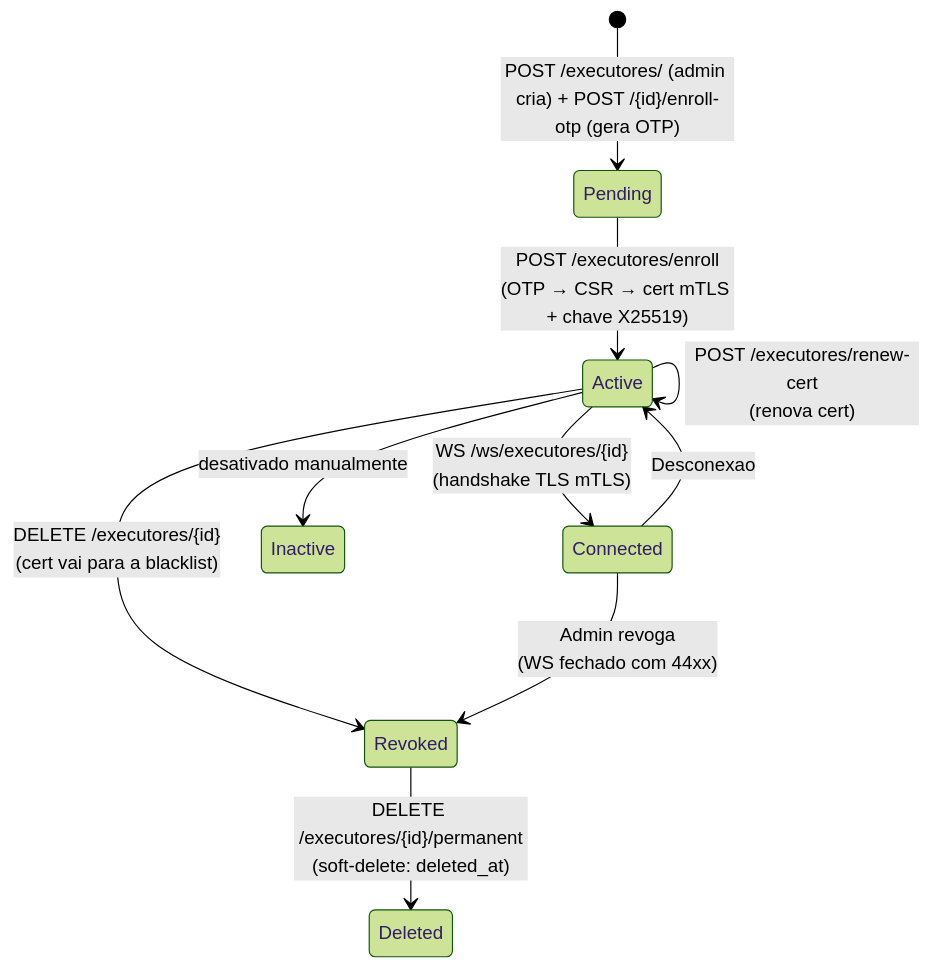
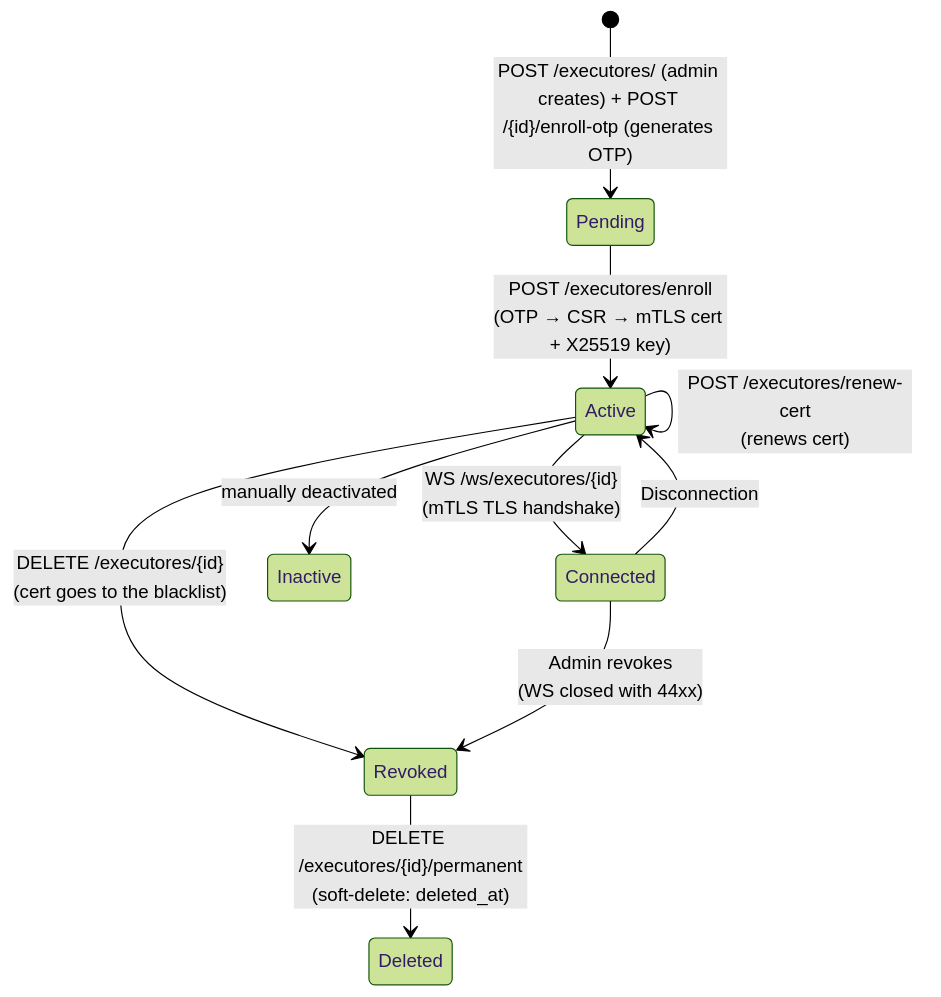
One commit to jlanio/atlans changed the fifth of 15 diagrams in docs/architecture.md. Above: the diagram before and after it, drawn with Mermaid (forest theme). The commit also changed other lines of this file and 41 other files, not shown here.

````diff
--- a/docs/architecture.md
+++ b/docs/architecture.md
@@ -466,12 +467,12 @@
 ```mermaid
 stateDiagram-v2
-    [*] --> Pending: POST /executores/ (admin cria) + POST /{id}/enroll-otp (gera OTP)
-    Pending --> Active: POST /executores/enroll<br/>(OTP → CSR → cert mTLS + chave X25519)
-    Active --> Connected: WS /ws/executores/{id}<br/>(handshake TLS mTLS)
-    Connected --> Active: Desconexao
-    Active --> Active: POST /executores/renew-cert<br/>(renova cert)
-    Active --> Inactive: desativado manualmente
-    Active --> Revoked: DELETE /executores/{id}<br/>(cert vai para a blacklist)
+    [*] --> Pending: POST /executores/ (admin creates) + POST /{id}/enroll-otp (generates OTP)
+    Pending --> Active: POST /executores/enroll<br/>(OTP → CSR → mTLS cert + X25519 key)
+    Active --> Connected: WS /ws/executores/{id}<br/>(mTLS TLS handshake)
+    Connected --> Active: Disconnection
+    Active --> Active: POST /executores/renew-cert<br/>(renews cert)
+    Active --> Inactive: manually deactivated
+    Active --> Revoked: DELETE /executores/{id}<br/>(cert goes to the blacklist)
     Revoked --> Deleted: DELETE /executores/{id}/permanent<br/>(soft-delete: deleted_at)
-    Connected --> Revoked: Admin revoga<br/>(WS fechado com 44xx)
+    Connected --> Revoked: Admin revokes<br/>(WS closed with 44xx)
 ```
````
